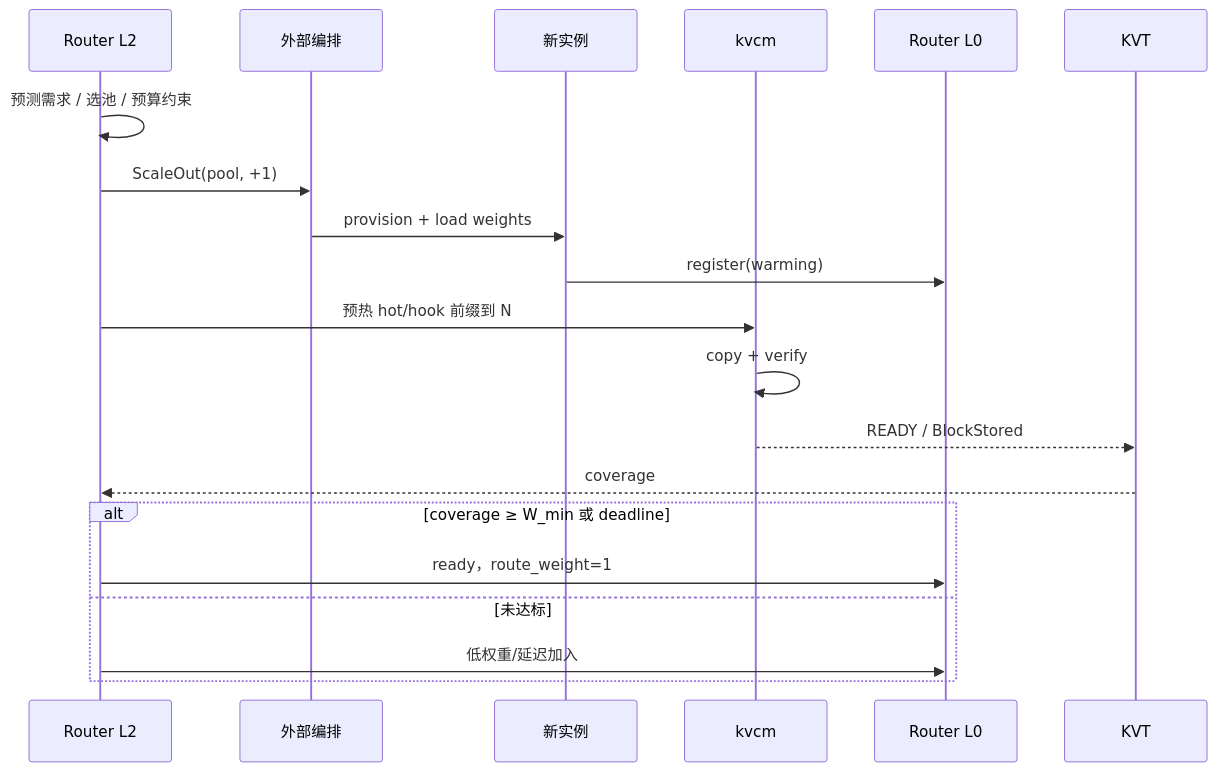
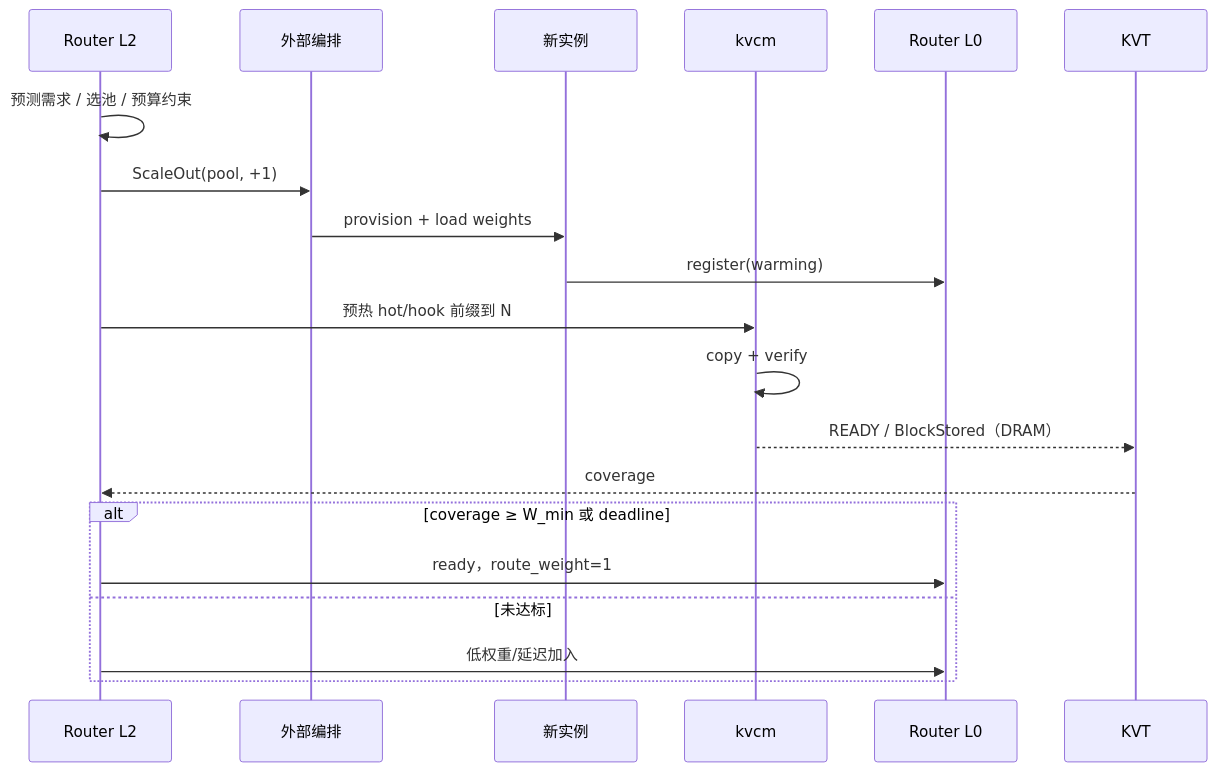
One commit to 5x8-40/lake changed the fifth of 10 diagrams in kvcm/design/flows/scheduling.md. Above: the diagram before and after it, drawn with Mermaid. The commit also changed other lines of this file and 5 other files, not shown here.

````diff
--- a/kvcm/design/flows/scheduling.md
+++ b/kvcm/design/flows/scheduling.md
@@ -121,23 +134,23 @@
 ```mermaid
 sequenceDiagram
     participant L2 as Router L2
     participant O as 外部编排
     participant N as 新实例
     participant K as kvcm
     participant R as Router L0
     participant KVT as KVT
 
     L2->>L2: 预测需求 / 选池 / 预算约束
     L2->>O: ScaleOut(pool, +1)
     O->>N: provision + load weights
     N->>R: register(warming)
     L2->>K: 预热 hot/hook 前缀到 N
     K->>K: copy + verify
-    K-->>KVT: READY / BlockStored
+    K-->>KVT: READY / BlockStored（DRAM）
     KVT-->>L2: coverage
     alt coverage ≥ W_min 或 deadline
         L2->>R: ready，route_weight=1
     else 未达标
         L2->>R: 低权重/延迟加入
     end
 ```
````
